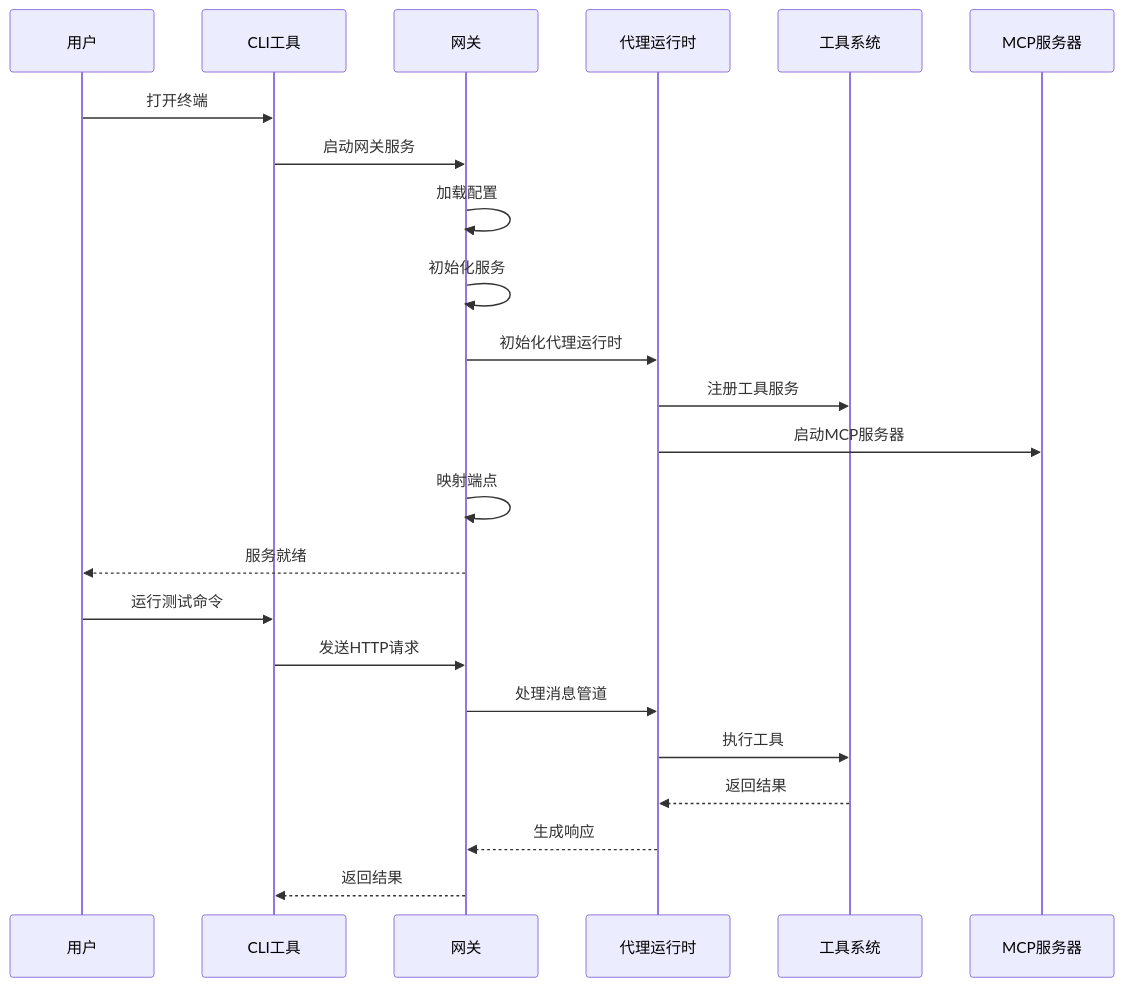
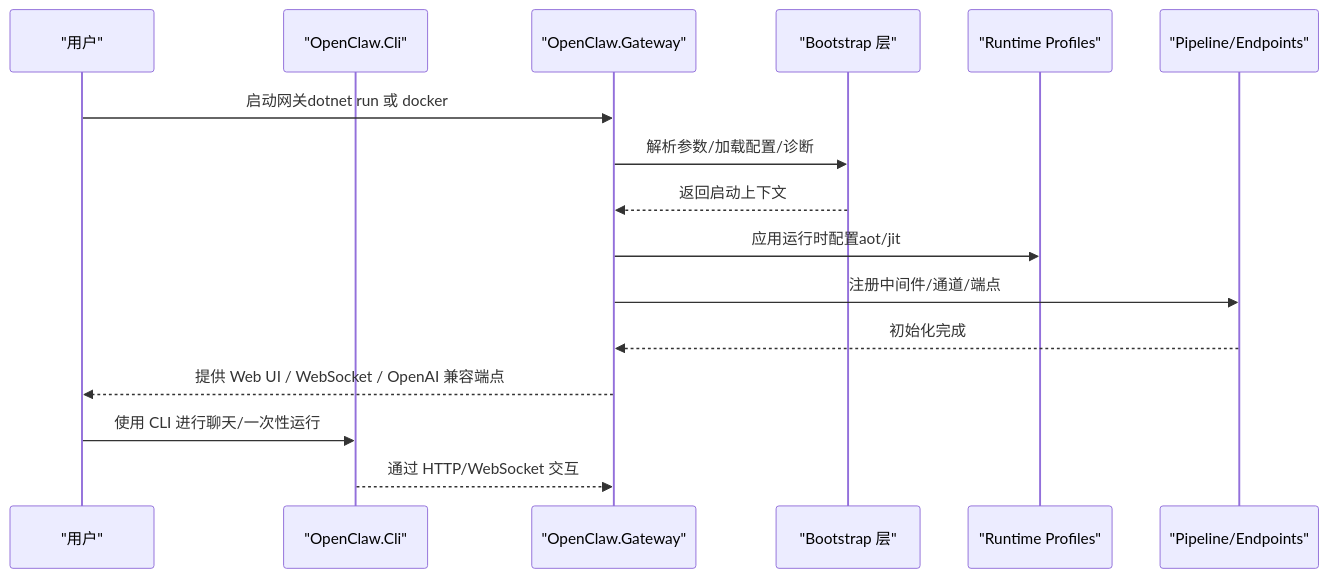
Before and after one commit to wayyet/kingcrab: the second of 5 diagrams in .qoder/repowiki/zh/content/项目概述/快速开始指南.md, drawn with Mermaid. The commit also changed other lines of this file and 431 other files, not shown here.

````diff
--- a/.qoder/repowiki/zh/content/项目概述/快速开始指南.md
+++ b/.qoder/repowiki/zh/content/项目概述/快速开始指南.md
@@ -122,25 +88,18 @@
 ```mermaid
 sequenceDiagram
-participant User as 用户
-participant CLI as CLI工具
-participant Gateway as 网关
-participant Agent as 代理运行时
-participant Tools as 工具系统
-participant MCP as MCP服务器
-User->>CLI : 打开终端
-CLI->>Gateway : 启动网关服务
-Gateway->>Gateway : 加载配置
-Gateway->>Gateway : 初始化服务
-Gateway->>Agent : 初始化代理运行时
-Agent->>Tools : 注册工具服务
-Agent->>MCP : 启动MCP服务器
-Gateway->>Gateway : 映射端点
-Gateway-->>User : 服务就绪
-User->>CLI : 运行测试命令
-CLI->>Gateway : 发送HTTP请求
-Gateway->>Agent : 处理消息管道
-Agent->>Tools : 执行工具
-Tools-->>Agent : 返回结果
-Agent-->>Gateway : 生成响应
-Gateway-->>CLI : 返回结果
+participant User as "用户"
+participant CLI as "OpenClaw.Cli"
+participant GW as "OpenClaw.Gateway"
+participant BOOT as "Bootstrap 层"
+participant PROF as "Runtime Profiles"
+participant PIPE as "Pipeline/Endpoints"
+User->>GW : 启动网关dotnet run 或 docker
+GW->>BOOT : 解析参数/加载配置/诊断
+BOOT-->>GW : 返回启动上下文
+GW->>PROF : 应用运行时配置aot/jit
+GW->>PIPE : 注册中间件/通道/端点
+PIPE-->>GW : 初始化完成
+GW-->>User : 提供 Web UI / WebSocket / OpenAI 兼容端点
+User->>CLI : 使用 CLI 进行聊天/一次性运行
+CLI-->>GW : 通过 HTTP/WebSocket 交互
 ```
````
